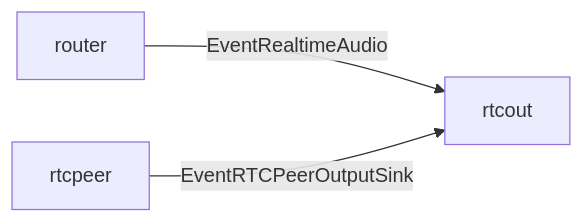
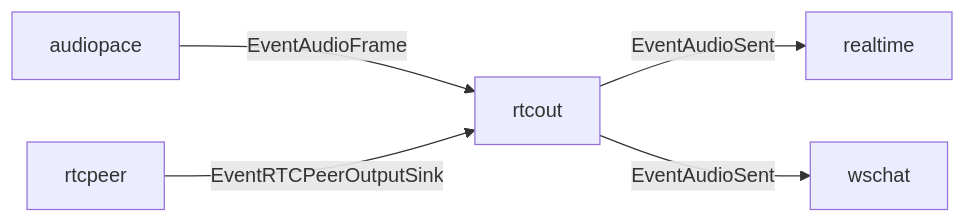
Before and after one commit to tetetratra/smart-speaker: the diagram in docs/components/rtcout.md, drawn with Mermaid. The commit also changed other lines of this file and 38 other files, not shown here.

````diff
--- a/docs/components/rtcout.md
+++ b/docs/components/rtcout.md
@@ -22,5 +24,7 @@
 ```mermaid
 flowchart LR
-  Router["router"] -->|"EventRealtimeAudio"| Out["rtcout"]
+  Pace["audiopace"] -->|"EventAudioFrame"| Out["rtcout"]
   RTCPeer["rtcpeer"] -->|"EventRTCPeerOutputSink"| Out
+  Out -->|"EventAudioSent"| RT["realtime"]
+  Out -->|"EventAudioSent"| WS["wschat"]
 ```
````
